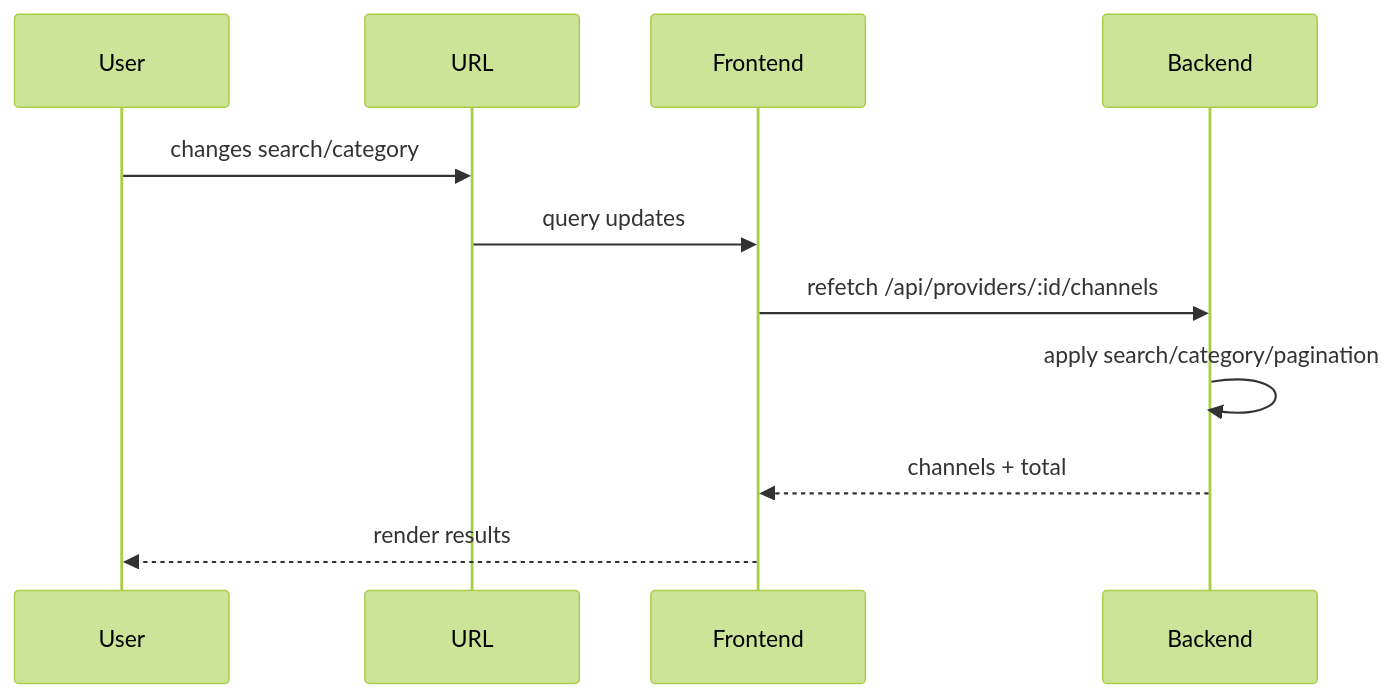
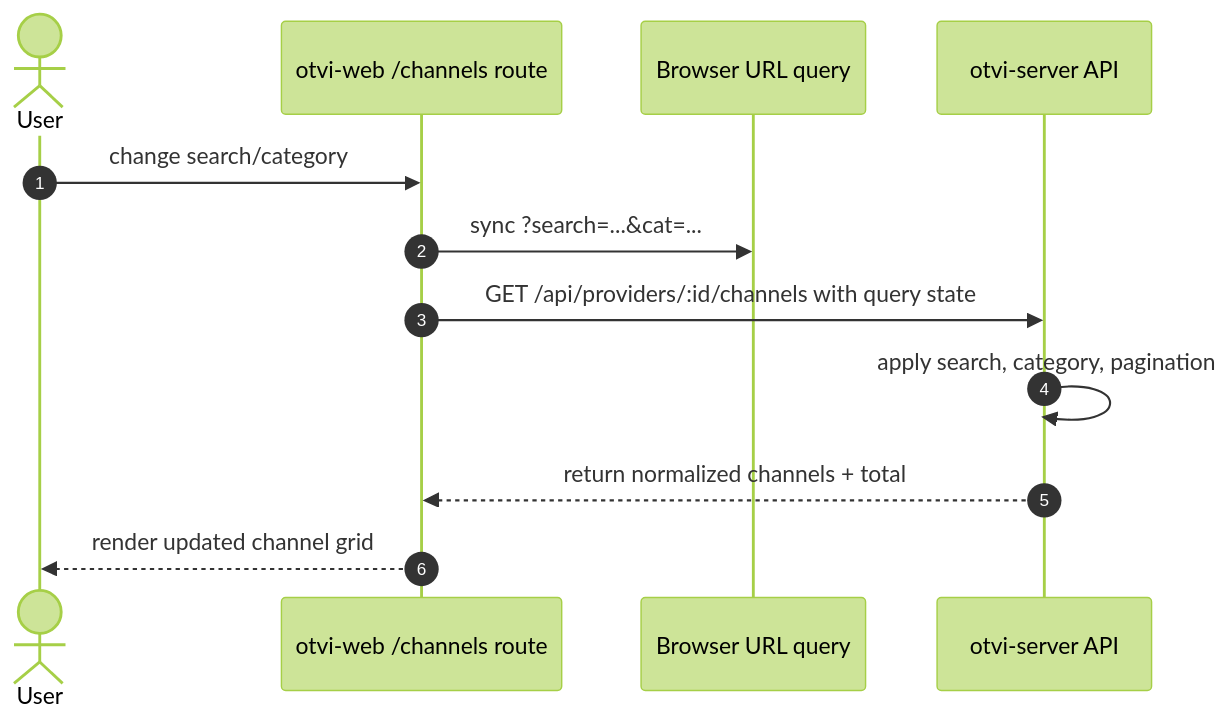
Before and after one commit to rabilrbl/otvi: the second of 2 diagrams in docs/docs/frontend.md, drawn with Mermaid (forest theme). The commit also changed other lines of this file and 3 other files, not shown here.

Commit message:
docs: modernize Mermaid architecture diagrams

````diff
--- a/docs/docs/frontend.md
+++ b/docs/docs/frontend.md
@@ -72,14 +94,15 @@
 ```mermaid
 sequenceDiagram
-    participant User
-    participant URL
-    participant Frontend
-    participant Backend
+    autonumber
+    actor User
+    participant Route as otvi-web /channels route
+    participant URL as Browser URL query
+    participant API as otvi-server API
 
-    User->>URL: changes search/category
-    URL->>Frontend: query updates
-    Frontend->>Backend: refetch /api/providers/:id/channels
-    Backend->>Backend: apply search/category/pagination
-    Backend-->>Frontend: channels + total
-    Frontend-->>User: render results
+    User->>Route: change search/category
+    Route->>URL: sync ?search=...&cat=...
+    Route->>API: GET /api/providers/:id/channels with query state
+    API->>API: apply search, category, pagination
+    API-->>Route: return normalized channels + total
+    Route-->>User: render updated channel grid
 ```
````
